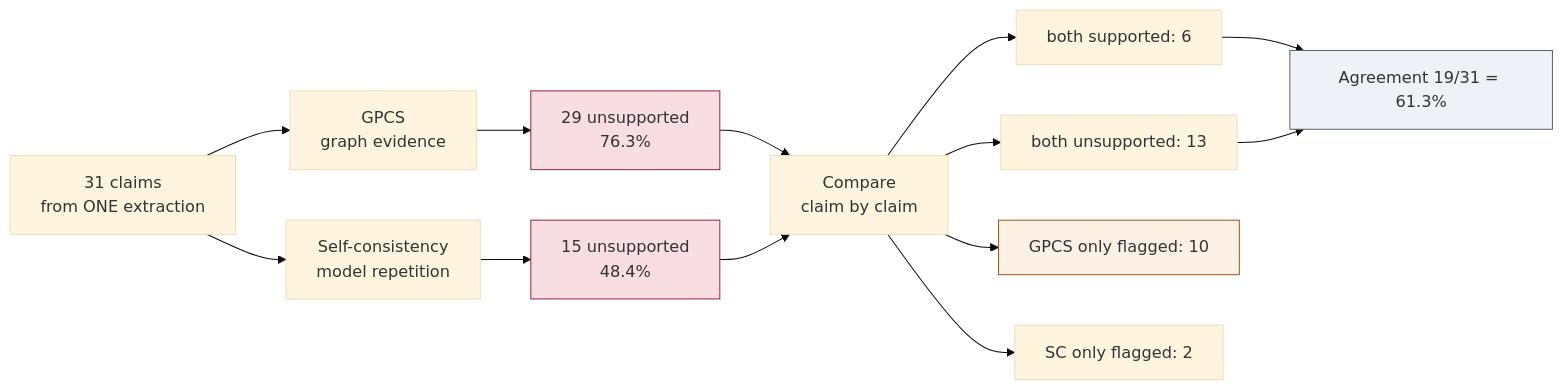
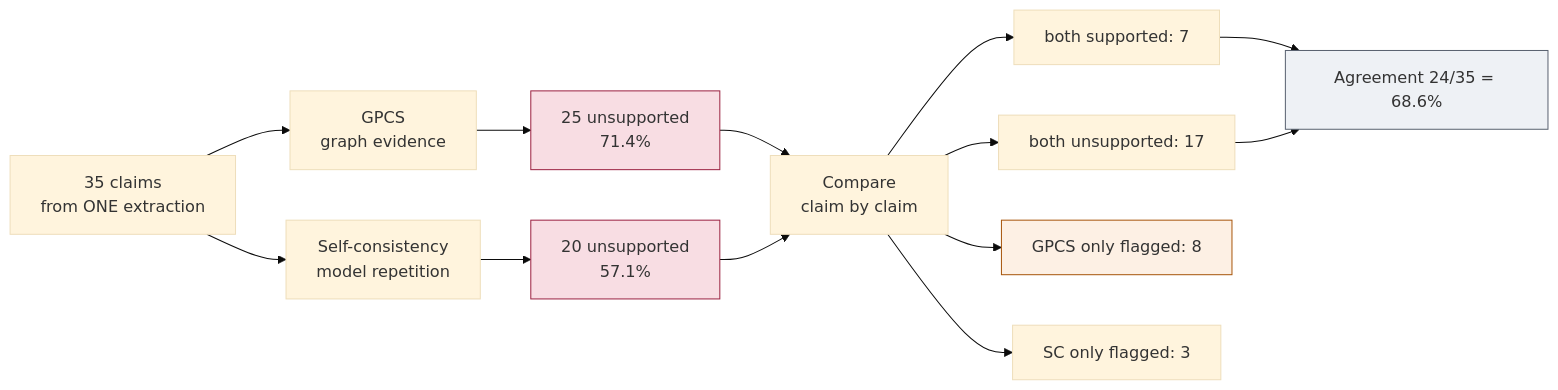
Before and after one commit to shivamshashank/CloudGraph: the fourth of 6 diagrams in docs/VERIFICATION_FLOW.md, drawn with Mermaid (base theme). The commit also changed other lines of this file and 77 other files, not shown here.

````diff
--- a/docs/VERIFICATION_FLOW.md
+++ b/docs/VERIFICATION_FLOW.md
@@ -169,24 +178,24 @@
 ```mermaid
 flowchart LR
-    A["31 claims<br/>from ONE extraction"] --> B["GPCS<br/>graph evidence"]
+    A["35 claims<br/>from ONE extraction"] --> B["GPCS<br/>graph evidence"]
     A --> C["Self-consistency<br/>model repetition"]
 
-    B --> D["29 unsupported<br/>76.3%"]
-    C --> E["15 unsupported<br/>48.4%"]
+    B --> D["25 unsupported<br/>71.4%"]
+    C --> E["20 unsupported<br/>57.1%"]
 
     D --> F["Compare<br/>claim by claim"]
     E --> F
 
-    F --> G["both supported: 6"]
-    F --> H["both unsupported: 13"]
-    F --> I["GPCS only flagged: 10"]
-    F --> J["SC only flagged: 2"]
+    F --> G["both supported: 7"]
+    F --> H["both unsupported: 17"]
+    F --> I["GPCS only flagged: 8"]
+    F --> J["SC only flagged: 3"]
 
-    G --> K["Agreement 19/31 = 61.3%"]
+    G --> K["Agreement 24/35 = 68.6%"]
     H --> K
 
     style D fill:#f8dde3,stroke:#9b2242
     style E fill:#f8dde3,stroke:#9b2242
     style I fill:#fdf0e4,stroke:#a8560c
     style K fill:#eef1f5,stroke:#5a6270
 ```
````
